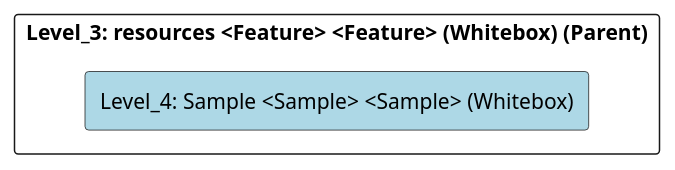
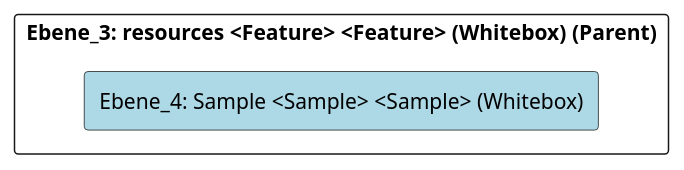
The diagram in doc/cleonproject_deliverables_architecture_model_architecture/adoc/de/05_bausteinsicht/cleon/common/resources/sample/ebene_4_sample.adoc (marcozwyssig/cleon), drawn with PlantUML before and after one commit. The commit also changed other lines of this file and 214 other files, not shown here.

```diff
--- a/doc/cleonproject_deliverables_architecture_model_architecture/adoc/de/05_bausteinsicht/cleon/common/resources/sample/ebene_4_sample.adoc
+++ b/doc/cleonproject_deliverables_architecture_model_architecture/adoc/de/05_bausteinsicht/cleon/common/resources/sample/ebene_4_sample.adoc
@@ -20,24 +20,24 @@
-[plantuml, Level_4: Sample <Sample> <Sample> (Whitebox)BlockOverview, format="svg"]
+[plantuml, Ebene_4: Sample <Sample> <Sample> (Whitebox)BlockOverview, format="svg"]
 ----
-@startuml Level_4: Sample <Sample> <Sample> (Whitebox)BuildingBlockOverview
+@startuml Ebene_4: Sample <Sample> <Sample> (Whitebox)BuildingBlockOverview
 
 skinparam ranksep 10
 skinparam componentStyle rectangle
 skinparam shadowing false
 skinparam arrowColor lightblue
 skinparam arrowThickness 1.2
 skinparam rectangle {
   BackgroundColor White
   BorderColor #333
   RoundCorner 10
 }
 top to bottom direction
 
-component "Level_3: resources <Feature> <Feature> (Whitebox) (Parent)" {
-    component "Level_4: Sample <Sample> <Sample> (Whitebox)" #lightblue {
+component "Ebene_3: resources <Feature> <Feature> (Whitebox) (Parent)" {
+    component "Ebene_4: Sample <Sample> <Sample> (Whitebox)" #lightblue {
     }
 
 }
 
 @enduml
 ----
```
